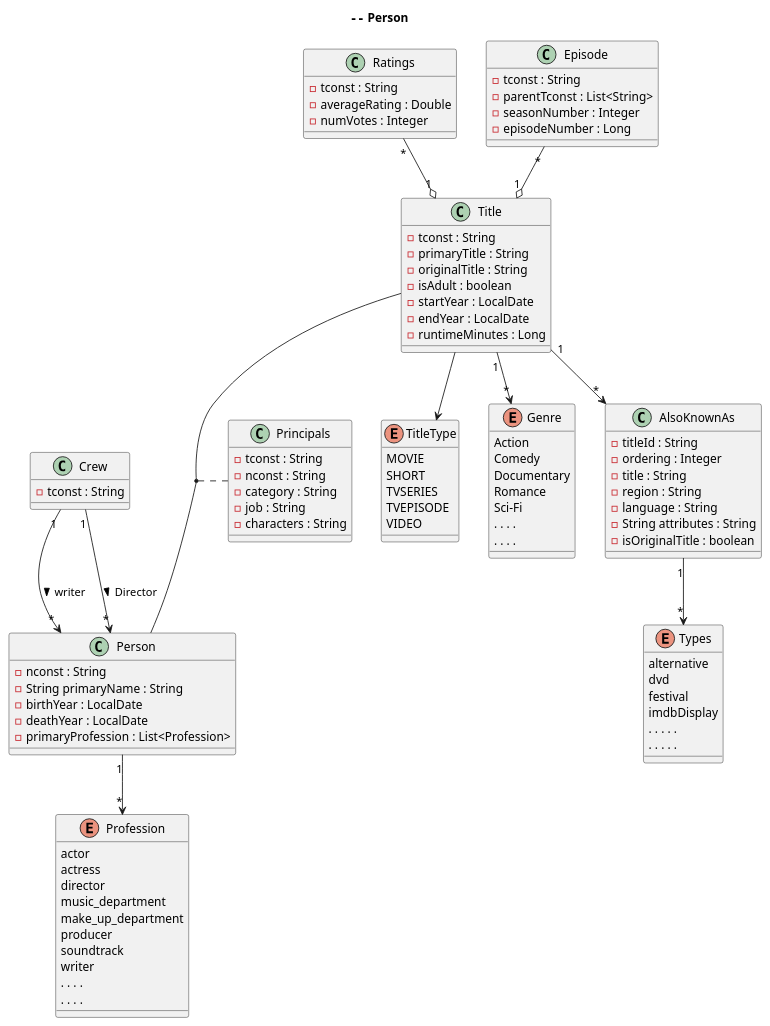
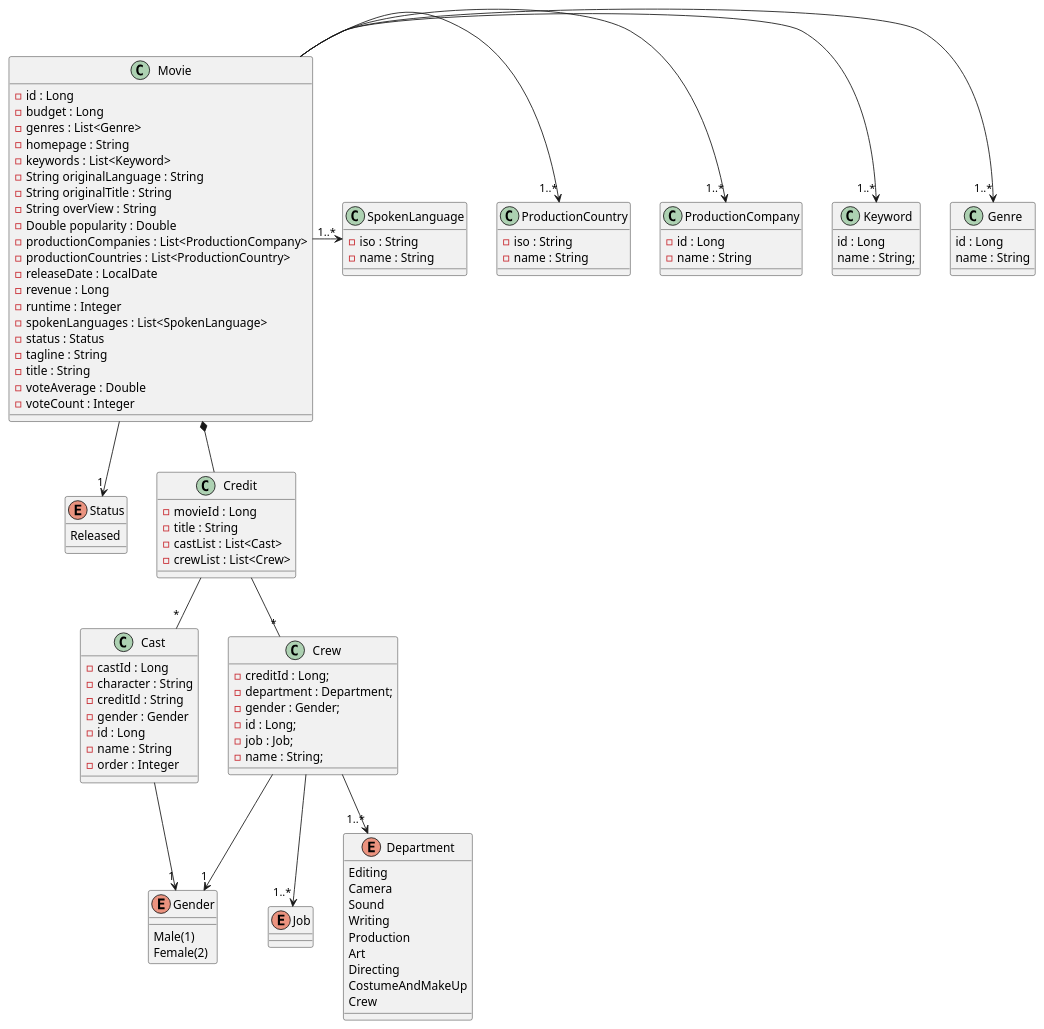
Before and after one commit to rimonmostafiz/fp-movies: the diagram in src/main/resources/class.puml, drawn with PlantUML. The commit also changed 22 other files, not shown here.

```diff
--- a/src/main/resources/class.puml
+++ b/src/main/resources/class.puml
@@ -1,103 +1,118 @@
 @startuml
-class Title {
-    - tconst : String
-    - primaryTitle : String
-    - originalTitle : String
-    - isAdult : boolean
-    - startYear : LocalDate
-    - endYear : LocalDate
-    - runtimeMinutes : Long
+
+skinparam minClassWidth 50
+
+class Movie {
+    - id : Long
+    - budget : Long
+    - genres : List<Genre>
+    - homepage : String
+    - keywords : List<Keyword>
+    - String originalLanguage : String
+    - String originalTitle : String
+    - String overView : String
+    - Double popularity : Double
+    - productionCompanies : List<ProductionCompany>
+    - productionCountries : List<ProductionCountry>
+    - releaseDate : LocalDate
+    - revenue : Long
+    - runtime : Integer
+    - spokenLanguages : List<SpokenLanguage>
+    - status : Status
+    - tagline : String
+    - title : String
+    - voteAverage : Double
+    - voteCount : Integer
 }
 
-enum TitleType {
-    MOVIE
-    SHORT
-    TVSERIES
-    TVEPISODE
-    VIDEO
+class Genre {
+    id : Long
+    name : String
 }
 
-enum Genre {
-    Action
-    Comedy
-    Documentary
-    Romance
-    Sci-Fi
-    . . . .
-    . . . .
+class Keyword {
+    id : Long
+    name : String;
 }
 
-class AlsoKnownAs {
-    - titleId : String
-    - ordering : Integer
-    - title : String
-    - region : String
-    - language : String
-    - String attributes : String
-    - isOriginalTitle : boolean
+enum Gender {
+    Male(1)
+    Female(2)
 }
 
-enum Types {
-    alternative
-    dvd
-    festival
-    imdbDisplay
-    . . . . .
-    . . . . .
+class ProductionCompany {
+    - id : Long
+    - name : String
+}
+
+class ProductionCountry {
+    - iso : String
+    - name : String
+}
+
+class SpokenLanguage {
+    - iso : String
+    - name : String
+}
+
+enum Status {
+    Released
+}
+
+class Credit {
+    - movieId : Long
+    - title : String
+    - castList : List<Cast>
+    - crewList : List<Crew>
+}
+
+class Cast {
+    - castId : Long
+    - character : String
+    - creditId : String
+    - gender : Gender
+    - id : Long
+    - name : String
+    - order : Integer
 }
 
 class Crew {
-    - tconst : String
+    - creditId : Long;
+    - department : Department;
+    - gender : Gender;
+    - id : Long;
+    - job : Job;
+    - name : String;
 }
 
-class Person {
-    - nconst : String
-    - String primaryName : String
-    - birthYear : LocalDate
-    - deathYear : LocalDate
-    - primaryProfession : List<Profession>
+enum Job {
+
 }
 
-enum Profession {
-    actor
-    actress
-    director
-    music_department
-    make_up_department
-    producer
-    soundtrack
-    writer
-    . . . .
-    . . . .
+enum Department {
+    Editing
+    Camera
+    Sound
+    Writing
+    Production
+    Art
+    Directing
+    CostumeAndMakeUp
+    Crew
 }
-class Principals{
-   - tconst : String
-   - nconst : String
-   - category : String
-   - job : String
-   - characters : String
-}
-class Ratings{
-    - tconst : String
-    - averageRating : Double
-    - numVotes : Integer
 
-}
-class Episode{
-    - tconst : String
-    - parentTconst : List<String>
-    - seasonNumber : Integer
-    - episodeNumber : Long
-}
-Title --> TitleType
-Title "1"-->"*" Genre
-Title "1"-->"*" AlsoKnownAs
-Episode "*" --o "1" Title
-Ratings "*" --o "1" Title
-Person "1"-->"*" Profession
-AlsoKnownAs "1"-->"*" Types
-Crew "1"-->"*" Person: writer >
-Crew "1"-->"*" Person: Director >
-Title ""--"" Person
-(Title, Person) ... Principals
+Movie -> "1..*" Genre
+Movie -> "1..*" Keyword
+Movie -> "1..*" ProductionCompany
+Movie -> "1..*" ProductionCountry
+Movie -> "1..*" SpokenLanguage
+Movie *-- Credit
+Movie --> "1" Status
+Credit -- "*" Crew
+Credit -- "*" Cast
+Crew --> "1..*" Department
+Crew --> "1..*" Job
+Crew --> "1" Gender
+Cast --> "1" Gender
+
 @enduml
```
